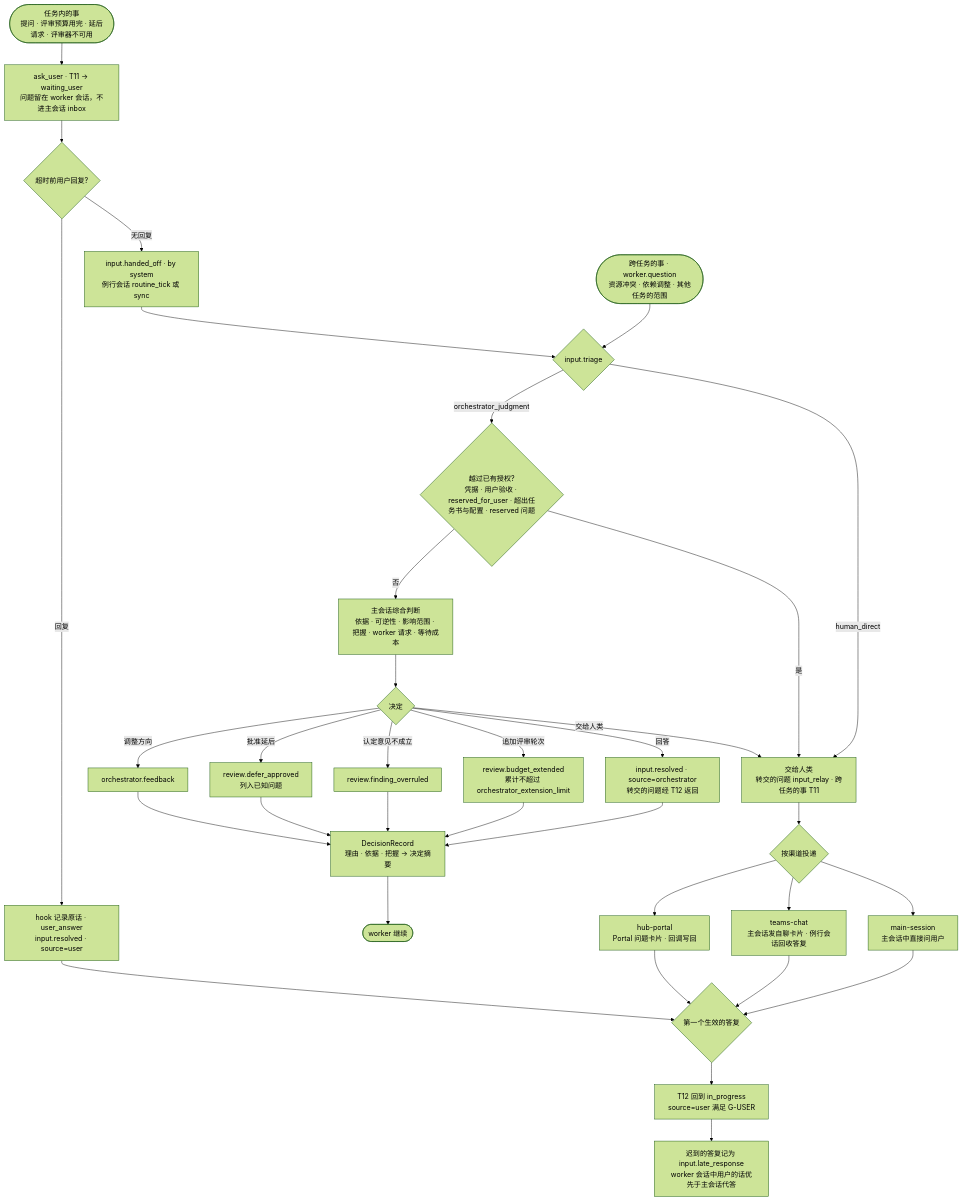
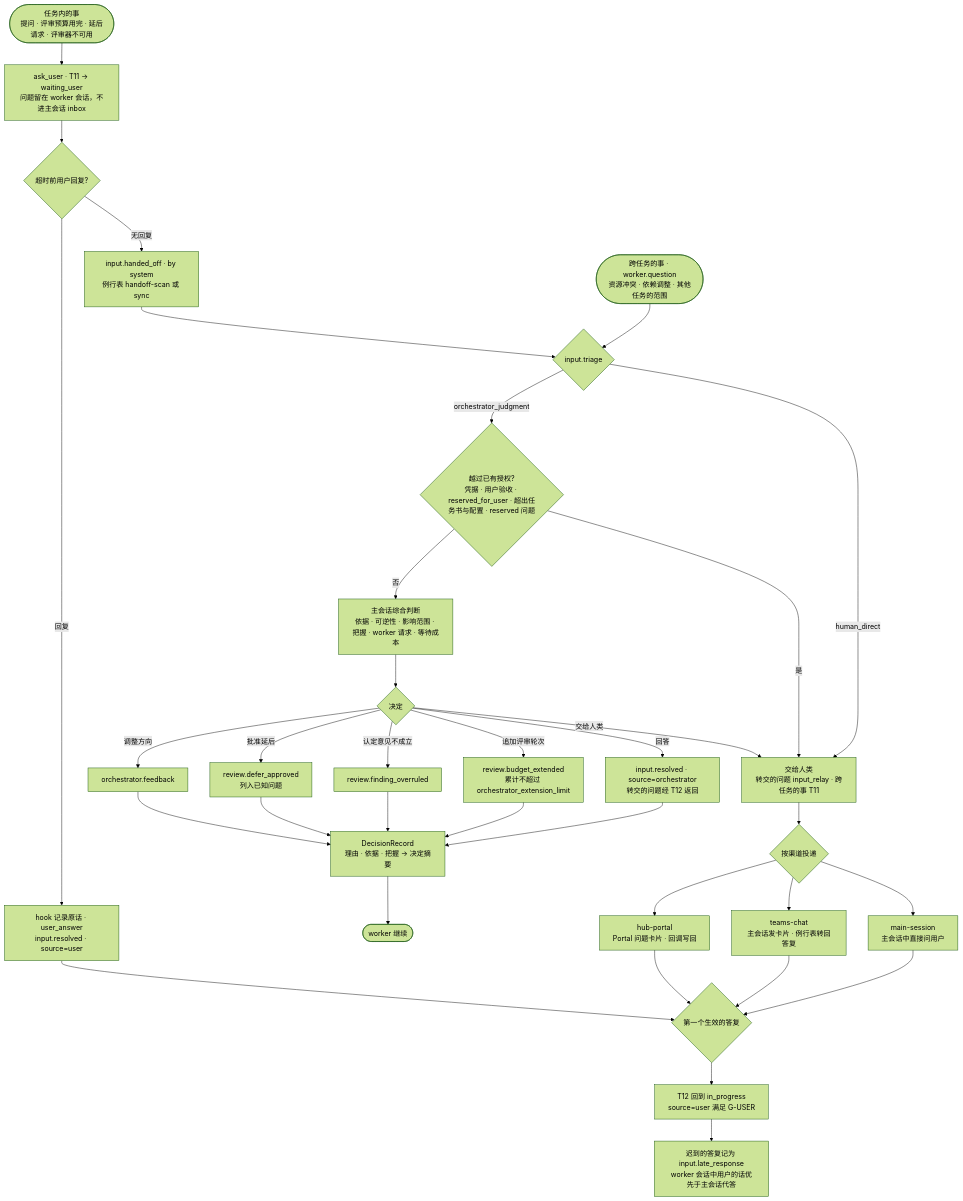
The diagram in docs/design/diagrams/input-routing.mmd (flyrobin620/task-steward), drawn with Mermaid (forest theme) before and after one commit. The commit also changed 13 other files, not shown here.

Commit message:
design: routine board with scripted jobs; Teams replies forwarded to the orchestrator (T243)

```diff
--- a/docs/design/diagrams/input-routing.mmd
+++ b/docs/design/diagrams/input-routing.mmd
@@ -1,35 +1,35 @@
 flowchart TD
     Q1([任务内的事<br/>提问 · 评审预算用完 · 延后请求 · 评审器不可用]) --> ASK
     Q2([跨任务的事 · worker.question<br/>资源冲突 · 依赖调整 · 其他任务的范围]) --> J
     ASK[ask_user · T11 → waiting_user<br/>问题留在 worker 会话，不进主会话 inbox] --> U{超时前用户回复?}
     U -- 回复 --> UA[hook 记录原话 · user_answer<br/>input.resolved · source=user]
-    U -- 无回复 --> HO[input.handed_off · by system<br/>例行会话 routine_tick 或 sync]
+    U -- 无回复 --> HO[input.handed_off · by system<br/>例行表 handoff-scan 或 sync]
     HO --> J
     J{input.triage}
     J -- human_direct --> ESC
     J -- orchestrator_judgment --> A{越过已有授权?<br/>凭据 · 用户验收 · reserved_for_user · 超出任务书与配置 · reserved 问题}
     A -- 是 --> ESC
     A -- 否 --> F[主会话综合判断<br/>依据 · 可逆性 · 影响范围 · 把握 · worker 请求 · 等待成本]
     F --> D{决定}
     D -- 回答 --> R1[input.resolved · source=orchestrator<br/>转交的问题经 T12 返回]
     D -- 追加评审轮次 --> R2[review.budget_extended<br/>累计不超过 orchestrator_extension_limit]
     D -- 认定意见不成立 --> R3[review.finding_overruled]
     D -- 批准延后 --> R4[review.defer_approved<br/>列入已知问题]
     D -- 调整方向 --> R5[orchestrator.feedback]
     D -- 交给人类 --> ESC
     R1 --> DR[DecisionRecord<br/>理由 · 依据 · 把握 → 决定摘要]
     R2 --> DR
     R3 --> DR
     R4 --> DR
     R5 --> DR
     DR --> W1([worker 继续])
     ESC[交给人类<br/>转交的问题 input_relay · 跨任务的事 T11] --> CH{按渠道投递}
     CH --> S1[main-session<br/>主会话中直接问用户]
-    CH --> S2[teams-chat<br/>主会话发自聊卡片 · 例行会话回收答复]
+    CH --> S2[teams-chat<br/>主会话发卡片 · 例行表转回答复]
     CH --> S3[hub-portal<br/>Portal 问题卡片 · 回调写回]
     S1 --> V{第一个生效的答复}
     S2 --> V
     S3 --> V
     UA --> V
     V --> RR[T12 回到 in_progress<br/>source=user 满足 G-USER]
     RR --> C[迟到的答复记为 input.late_response<br/>worker 会话中用户的话优先于主会话代答]
```
